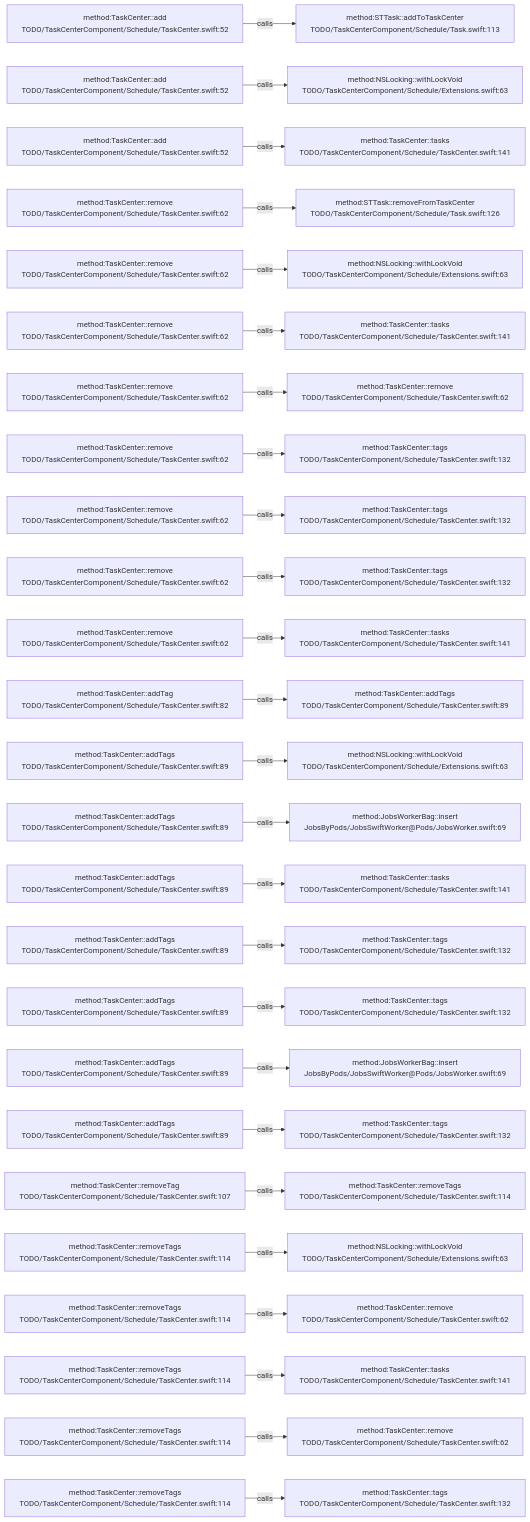
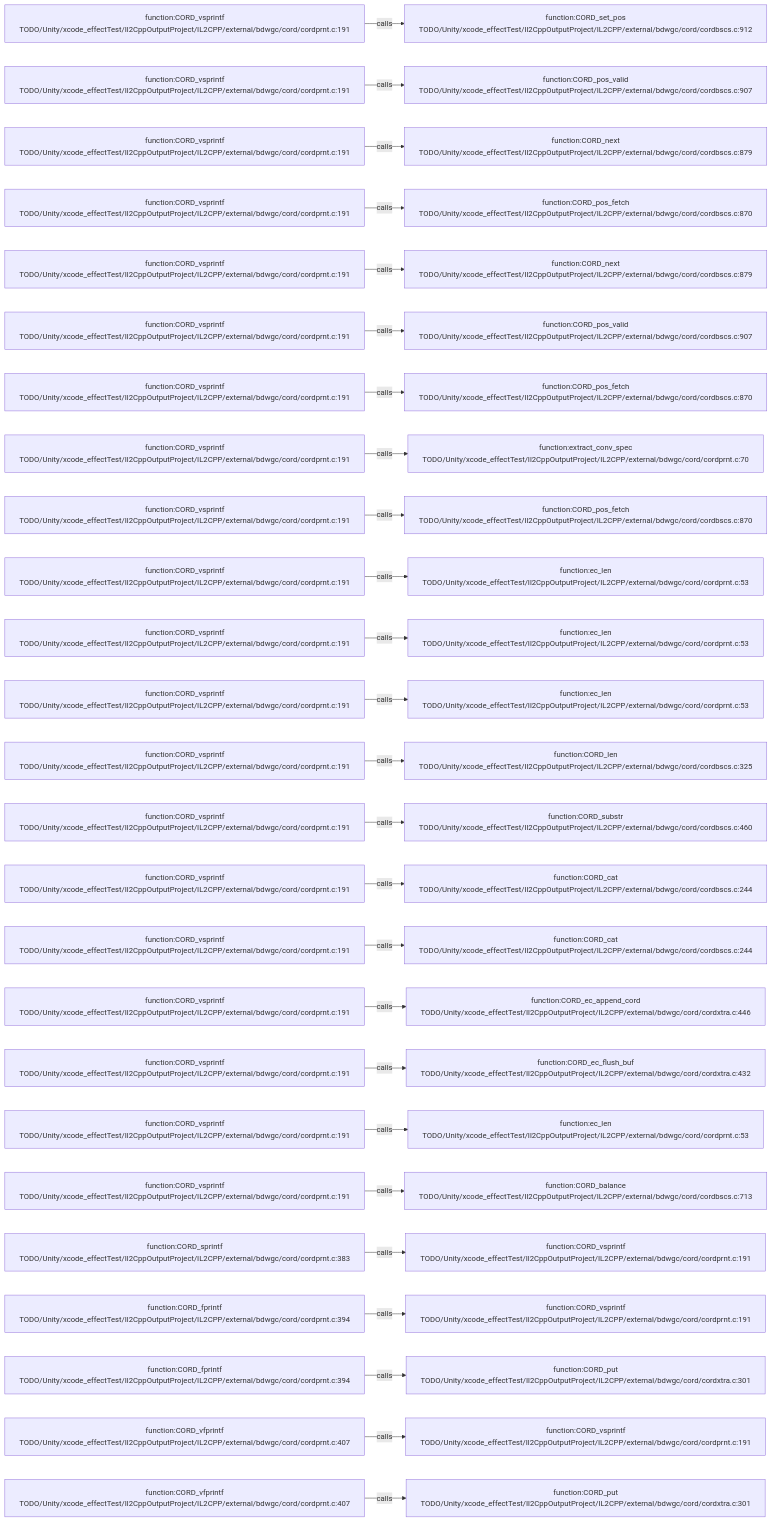
Before and after one commit to JobsKits/JobsSwiftBaseConfigDemo: the diagram in .codegraph/codegraph.md/graphs/calls-086.md, drawn with Mermaid. The commit also changed 227 other files, not shown here.

````diff
--- a/.codegraph/codegraph.md/graphs/calls-086.md
+++ b/.codegraph/codegraph.md/graphs/calls-086.md
@@ -13,78 +13,78 @@
 ```mermaid
 flowchart LR
-  S1["method:TaskCenter::add<br/>TODO/TaskCenterComponent/Schedule/TaskCenter.swift:52"]
-  T1["method:STTask::addToTaskCenter<br/>TODO/TaskCenterComponent/Schedule/Task.swift:113"]
+  S1["function:CORD_vsprintf<br/>TODO/Unity/xcode_effectTest/Il2CppOutputProject/IL2CPP/external/bdwgc/cord/cordprnt.c:191"]
+  T1["function:CORD_set_pos<br/>TODO/Unity/xcode_effectTest/Il2CppOutputProject/IL2CPP/external/bdwgc/cord/cordbscs.c:912"]
   S1 -->|calls| T1
-  S2["method:TaskCenter::add<br/>TODO/TaskCenterComponent/Schedule/TaskCenter.swift:52"]
-  T2["method:NSLocking::withLockVoid<br/>TODO/TaskCenterComponent/Schedule/Extensions.swift:63"]
+  S2["function:CORD_vsprintf<br/>TODO/Unity/xcode_effectTest/Il2CppOutputProject/IL2CPP/external/bdwgc/cord/cordprnt.c:191"]
+  T2["function:CORD_pos_valid<br/>TODO/Unity/xcode_effectTest/Il2CppOutputProject/IL2CPP/external/bdwgc/cord/cordbscs.c:907"]
   S2 -->|calls| T2
-  S3["method:TaskCenter::add<br/>TODO/TaskCenterComponent/Schedule/TaskCenter.swift:52"]
-  T3["method:TaskCenter::tasks<br/>TODO/TaskCenterComponent/Schedule/TaskCenter.swift:141"]
+  S3["function:CORD_vsprintf<br/>TODO/Unity/xcode_effectTest/Il2CppOutputProject/IL2CPP/external/bdwgc/cord/cordprnt.c:191"]
+  T3["function:CORD_next<br/>TODO/Unity/xcode_effectTest/Il2CppOutputProject/IL2CPP/external/bdwgc/cord/cordbscs.c:879"]
   S3 -->|calls| T3
-  S4["method:TaskCenter::remove<br/>TODO/TaskCenterComponent/Schedule/TaskCenter.swift:62"]
-  T4["method:STTask::removeFromTaskCenter<br/>TODO/TaskCenterComponent/Schedule/Task.swift:126"]
+  S4["function:CORD_vsprintf<br/>TODO/Unity/xcode_effectTest/Il2CppOutputProject/IL2CPP/external/bdwgc/cord/cordprnt.c:191"]
+  T4["function:CORD_pos_fetch<br/>TODO/Unity/xcode_effectTest/Il2CppOutputProject/IL2CPP/external/bdwgc/cord/cordbscs.c:870"]
   S4 -->|calls| T4
-  S5["method:TaskCenter::remove<br/>TODO/TaskCenterComponent/Schedule/TaskCenter.swift:62"]
-  T5["method:NSLocking::withLockVoid<br/>TODO/TaskCenterComponent/Schedule/Extensions.swift:63"]
+  S5["function:CORD_vsprintf<br/>TODO/Unity/xcode_effectTest/Il2CppOutputProject/IL2CPP/external/bdwgc/cord/cordprnt.c:191"]
+  T5["function:CORD_next<br/>TODO/Unity/xcode_effectTest/Il2CppOutputProject/IL2CPP/external/bdwgc/cord/cordbscs.c:879"]
   S5 -->|calls| T5
-  S6["method:TaskCenter::remove<br/>TODO/TaskCenterComponent/Schedule/TaskCenter.swift:62"]
-  T6["method:TaskCenter::tasks<br/>TODO/TaskCenterComponent/Schedule/TaskCenter.swift:141"]
+  S6["function:CORD_vsprintf<br/>TODO/Unity/xcode_effectTest/Il2CppOutputProject/IL2CPP/external/bdwgc/cord/cordprnt.c:191"]
+  T6["function:CORD_pos_valid<br/>TODO/Unity/xcode_effectTest/Il2CppOutputProject/IL2CPP/external/bdwgc/cord/cordbscs.c:907"]
   S6 -->|calls| T6
-  S7["method:TaskCenter::remove<br/>TODO/TaskCenterComponent/Schedule/TaskCenter.swift:62"]
-  T7["method:TaskCenter::remove<br/>TODO/TaskCenterComponent/Schedule/TaskCenter.swift:62"]
+  S7["function:CORD_vsprintf<br/>TODO/Unity/xcode_effectTest/Il2CppOutputProject/IL2CPP/external/bdwgc/cord/cordprnt.c:191"]
+  T7["function:CORD_pos_fetch<br/>TODO/Unity/xcode_effectTest/Il2CppOutputProject/IL2CPP/external/bdwgc/cord/cordbscs.c:870"]
   S7 -->|calls| T7
-  S8["method:TaskCenter::remove<br/>TODO/TaskCenterComponent/Schedule/TaskCenter.swift:62"]
-  T8["method:TaskCenter::tags<br/>TODO/TaskCenterComponent/Schedule/TaskCenter.swift:132"]
+  S8["function:CORD_vsprintf<br/>TODO/Unity/xcode_effectTest/Il2CppOutputProject/IL2CPP/external/bdwgc/cord/cordprnt.c:191"]
+  T8["function:extract_conv_spec<br/>TODO/Unity/xcode_effectTest/Il2CppOutputProject/IL2CPP/external/bdwgc/cord/cordprnt.c:70"]
   S8 -->|calls| T8
-  S9["method:TaskCenter::remove<br/>TODO/TaskCenterComponent/Schedule/TaskCenter.swift:62"]
-  T9["method:TaskCenter::tags<br/>TODO/TaskCenterComponent/Schedule/TaskCenter.swift:132"]
+  S9["function:CORD_vsprintf<br/>TODO/Unity/xcode_effectTest/Il2CppOutputProject/IL2CPP/external/bdwgc/cord/cordprnt.c:191"]
+  T9["function:CORD_pos_fetch<br/>TODO/Unity/xcode_effectTest/Il2CppOutputProject/IL2CPP/external/bdwgc/cord/cordbscs.c:870"]
   S9 -->|calls| T9
-  S10["method:TaskCenter::remove<br/>TODO/TaskCenterComponent/Schedule/TaskCenter.swift:62"]
-  T10["method:TaskCenter::tags<br/>TODO/TaskCenterComponent/Schedule/TaskCenter.swift:132"]
+  S10["function:CORD_vsprintf<br/>TODO/Unity/xcode_effectTest/Il2CppOutputProject/IL2CPP/external/bdwgc/cord/cordprnt.c:191"]
+  T10["function:ec_len<br/>TODO/Unity/xcode_effectTest/Il2CppOutputProject/IL2CPP/external/bdwgc/cord/cordprnt.c:53"]
   S10 -->|calls| T10
-  S11["method:TaskCenter::remove<br/>TODO/TaskCenterComponent/Schedule/TaskCenter.swift:62"]
-  T11["method:TaskCenter::tasks<br/>TODO/TaskCenterComponent/Schedule/TaskCenter.swift:141"]
+  S11["function:CORD_vsprintf<br/>TODO/Unity/xcode_effectTest/Il2CppOutputProject/IL2CPP/external/bdwgc/cord/cordprnt.c:191"]
+  T11["function:ec_len<br/>TODO/Unity/xcode_effectTest/Il2CppOutputProject/IL2CPP/external/bdwgc/cord/cordprnt.c:53"]
   S11 -->|calls| T11
-  S12["method:TaskCenter::addTag<br/>TODO/TaskCenterComponent/Schedule/TaskCenter.swift:82"]
-  T12["method:TaskCenter::addTags<br/>TODO/TaskCenterComponent/Schedule/TaskCenter.swift:89"]
+  S12["function:CORD_vsprintf<br/>TODO/Unity/xcode_effectTest/Il2CppOutputProject/IL2CPP/external/bdwgc/cord/cordprnt.c:191"]
+  T12["function:ec_len<br/>TODO/Unity/xcode_effectTest/Il2CppOutputProject/IL2CPP/external/bdwgc/cord/cordprnt.c:53"]
   S12 -->|calls| T12
-  S13["method:TaskCenter::addTags<br/>TODO/TaskCenterComponent/Schedule/TaskCenter.swift:89"]
-  T13["method:NSLocking::withLockVoid<br/>TODO/TaskCenterComponent/Schedule/Extensions.swift:63"]
+  S13["function:CORD_vsprintf<br/>TODO/Unity/xcode_effectTest/Il2CppOutputProject/IL2CPP/external/bdwgc/cord/cordprnt.c:191"]
+  T13["function:CORD_len<br/>TODO/Unity/xcode_effectTest/Il2CppOutputProject/IL2CPP/external/bdwgc/cord/cordbscs.c:325"]
   S13 -->|calls| T13
-  S14["method:TaskCenter::addTags<br/>TODO/TaskCenterComponent/Schedule/TaskCenter.swift:89"]
-  T14["method:JobsWorkerBag::insert<br/>JobsByPods/JobsSwiftWorker@Pods/JobsWorker.swift:69"]
+  S14["function:CORD_vsprintf<br/>TODO/Unity/xcode_effectTest/Il2CppOutputProject/IL2CPP/external/bdwgc/cord/cordprnt.c:191"]
+  T14["function:CORD_substr<br/>TODO/Unity/xcode_effectTest/Il2CppOutputProject/IL2CPP/external/bdwgc/cord/cordbscs.c:460"]
   S14 -->|calls| T14
-  S15["method:TaskCenter::addTags<br/>TODO/TaskCenterComponent/Schedule/TaskCenter.swift:89"]
-  T15["method:TaskCenter::tasks<br/>TODO/TaskCenterComponent/Schedule/TaskCenter.swift:141"]
+  S15["function:CORD_vsprintf<br/>TODO/Unity/xcode_effectTest/Il2CppOutputProject/IL2CPP/external/bdwgc/cord/cordprnt.c:191"]
+  T15["function:CORD_cat<br/>TODO/Unity/xcode_effectTest/Il2CppOutputProject/IL2CPP/external/bdwgc/cord/cordbscs.c:244"]
   S15 -->|calls| T15
-  S16["method:TaskCenter::addTags<br/>TODO/TaskCenterComponent/Schedule/TaskCenter.swift:89"]
-  T16["method:TaskCenter::tags<br/>TODO/TaskCenterComponent/Schedule/TaskCenter.swift:132"]
+  S16["function:CORD_vsprintf<br/>TODO/Unity/xcode_effectTest/Il2CppOutputProject/IL2CPP/external/bdwgc/cord/cordprnt.c:191"]
+  T16["function:CORD_cat<br/>TODO/Unity/xcode_effectTest/Il2CppOutputProject/IL2CPP/external/bdwgc/cord/cordbscs.c:244"]
   S16 -->|calls| T16
-  S17["method:TaskCenter::addTags<br/>TODO/TaskCenterComponent/Schedule/TaskCenter.swift:89"]
-  T17["method:TaskCenter::tags<br/>TODO/TaskCenterComponent/Schedule/TaskCenter.swift:132"]
+  S17["function:CORD_vsprintf<br/>TODO/Unity/xcode_effectTest/Il2CppOutputProject/IL2CPP/external/bdwgc/cord/cordprnt.c:191"]
+  T17["function:CORD_ec_append_cord<br/>TODO/Unity/xcode_effectTest/Il2CppOutputProject/IL2CPP/external/bdwgc/cord/cordxtra.c:446"]
   S17 -->|calls| T17
-  S18["method:TaskCenter::addTags<br/>TODO/TaskCenterComponent/Schedule/TaskCenter.swift:89"]
-  T18["method:JobsWorkerBag::insert<br/>JobsByPods/JobsSwiftWorker@Pods/JobsWorker.swift:69"]
+  S18["function:CORD_vsprintf<br/>TODO/Unity/xcode_effectTest/Il2CppOutputProject/IL2CPP/external/bdwgc/cord/cordprnt.c:191"]
+  T18["function:CORD_ec_flush_buf<br/>TODO/Unity/xcode_effectTest/Il2CppOutputProject/IL2CPP/external/bdwgc/cord/cordxtra.c:432"]
   S18 -->|calls| T18
-  S19["method:TaskCenter::addTags<br/>TODO/TaskCenterComponent/Schedule/TaskCenter.swift:89"]
-  T19["method:TaskCenter::tags<br/>TODO/TaskCenterComponent/Schedule/TaskCenter.swift:132"]
+  S19["function:CORD_vsprintf<br/>TODO/Unity/xcode_effectTest/Il2CppOutputProject/IL2CPP/external/bdwgc/cord/cordprnt.c:191"]
+  T19["function:ec_len<br/>TODO/Unity/xcode_effectTest/Il2CppOutputProject/IL2CPP/external/bdwgc/cord/cordprnt.c:53"]
   S19 -->|calls| T19
-  S20["method:TaskCenter::removeTag<br/>TODO/TaskCenterComponent/Schedule/TaskCenter.swift:107"]
-  T20["method:TaskCenter::removeTags<br/>TODO/TaskCenterComponent/Schedule/TaskCenter.swift:114"]
+  S20["function:CORD_vsprintf<br/>TODO/Unity/xcode_effectTest/Il2CppOutputProject/IL2CPP/external/bdwgc/cord/cordprnt.c:191"]
+  T20["function:CORD_balance<br/>TODO/Unity/xcode_effectTest/Il2CppOutputProject/IL2CPP/external/bdwgc/cord/cordbscs.c:713"]
   S20 -->|calls| T20
-  S21["method:TaskCenter::removeTags<br/>TODO/TaskCenterComponent/Schedule/TaskCenter.swift:114"]
-  T21["method:NSLocking::withLockVoid<br/>TODO/TaskCenterComponent/Schedule/Extensions.swift:63"]
+  S21["function:CORD_sprintf<br/>TODO/Unity/xcode_effectTest/Il2CppOutputProject/IL2CPP/external/bdwgc/cord/cordprnt.c:383"]
+  T21["function:CORD_vsprintf<br/>TODO/Unity/xcode_effectTest/Il2CppOutputProject/IL2CPP/external/bdwgc/cord/cordprnt.c:191"]
   S21 -->|calls| T21
-  S22["method:TaskCenter::removeTags<br/>TODO/TaskCenterComponent/Schedule/TaskCenter.swift:114"]
-  T22["method:TaskCenter::remove<br/>TODO/TaskCenterComponent/Schedule/TaskCenter.swift:62"]
+  S22["function:CORD_fprintf<br/>TODO/Unity/xcode_effectTest/Il2CppOutputProject/IL2CPP/external/bdwgc/cord/cordprnt.c:394"]
+  T22["function:CORD_vsprintf<br/>TODO/Unity/xcode_effectTest/Il2CppOutputProject/IL2CPP/external/bdwgc/cord/cordprnt.c:191"]
   S22 -->|calls| T22
-  S23["method:TaskCenter::removeTags<br/>TODO/TaskCenterComponent/Schedule/TaskCenter.swift:114"]
-  T23["method:TaskCenter::tasks<br/>TODO/TaskCenterComponent/Schedule/TaskCenter.swift:141"]
+  S23["function:CORD_fprintf<br/>TODO/Unity/xcode_effectTest/Il2CppOutputProject/IL2CPP/external/bdwgc/cord/cordprnt.c:394"]
+  T23["function:CORD_put<br/>TODO/Unity/xcode_effectTest/Il2CppOutputProject/IL2CPP/external/bdwgc/cord/cordxtra.c:301"]
   S23 -->|calls| T23
-  S24["method:TaskCenter::removeTags<br/>TODO/TaskCenterComponent/Schedule/TaskCenter.swift:114"]
-  T24["method:TaskCenter::remove<br/>TODO/TaskCenterComponent/Schedule/TaskCenter.swift:62"]
+  S24["function:CORD_vfprintf<br/>TODO/Unity/xcode_effectTest/Il2CppOutputProject/IL2CPP/external/bdwgc/cord/cordprnt.c:407"]
+  T24["function:CORD_vsprintf<br/>TODO/Unity/xcode_effectTest/Il2CppOutputProject/IL2CPP/external/bdwgc/cord/cordprnt.c:191"]
   S24 -->|calls| T24
-  S25["method:TaskCenter::removeTags<br/>TODO/TaskCenterComponent/Schedule/TaskCenter.swift:114"]
-  T25["method:TaskCenter::tags<br/>TODO/TaskCenterComponent/Schedule/TaskCenter.swift:132"]
+  S25["function:CORD_vfprintf<br/>TODO/Unity/xcode_effectTest/Il2CppOutputProject/IL2CPP/external/bdwgc/cord/cordprnt.c:407"]
+  T25["function:CORD_put<br/>TODO/Unity/xcode_effectTest/Il2CppOutputProject/IL2CPP/external/bdwgc/cord/cordxtra.c:301"]
   S25 -->|calls| T25
 ```
````
